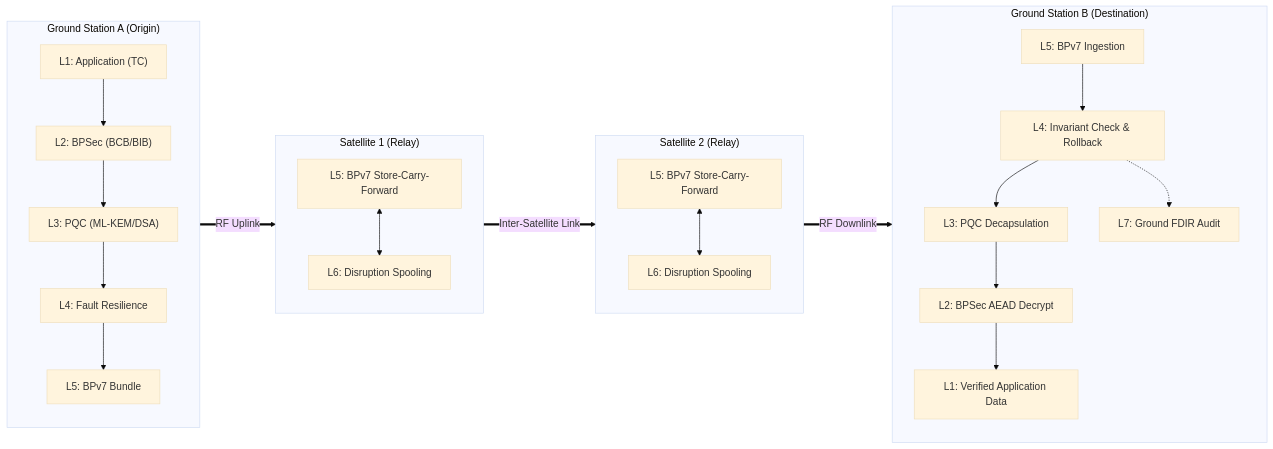
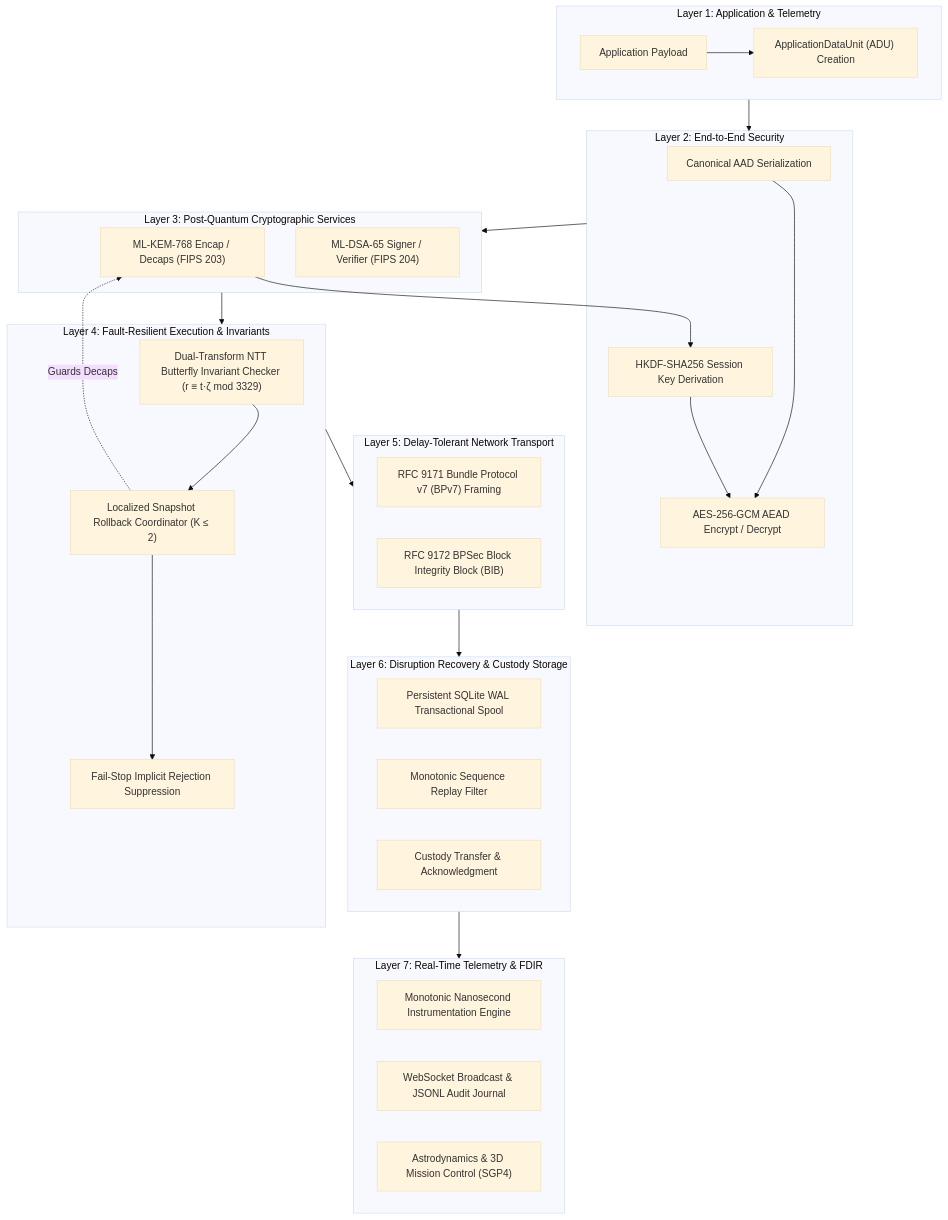
Before and after one commit to dhairyahuh/pqc-research: the diagram in docs/architecture.md, drawn with Mermaid (base theme). The commit also changed other lines of this file and 123 other files, not shown here.

````diff
--- a/docs/architecture.md
+++ b/docs/architecture.md
@@ -134,37 +14,48 @@
 ```mermaid
-flowchart LR
-    subgraph GSA ["Ground Station A (Origin)"]
-        direction TB
-        L1_A["L1: Application (TC)"] --> L2_A["L2: BPSec (BCB/BIB)"]
-        L2_A --> L3_A["L3: PQC (ML-KEM/DSA)"]
-        L3_A --> L4_A["L4: Fault Resilience"]
-        L4_A --> L5_A["L5: BPv7 Bundle"]
+graph TD
+    subgraph L1_APP ["Layer 1: Application & Telemetry"]
+        A1["Application Payload"] --> A2["ApplicationDataUnit (ADU) Creation"]
     end
 
-    subgraph SAT1 ["Satellite 1 (Relay)"]
-        direction TB
-        L5_R1["L5: BPv7 Store-Carry-Forward"]
-        L6_R1["L6: Disruption Spooling"]
-        L5_R1 <--> L6_R1
+    subgraph L2_E2E ["Layer 2: End-to-End Security"]
+        B1["Canonical AAD Serialization"] --> B2["AES-256-GCM AEAD Encrypt / Decrypt"]
+        B3["HKDF-SHA256 Session Key Derivation"] --> B2
     end
 
-    subgraph SAT2 ["Satellite 2 (Relay)"]
-        direction TB
-        L5_R2["L5: BPv7 Store-Carry-Forward"]
-        L6_R2["L6: Disruption Spooling"]
-        L5_R2 <--> L6_R2
+    subgraph L3_PQC ["Layer 3: Post-Quantum Cryptographic Services"]
+        C1["ML-KEM-768 Encap / Decaps (FIPS 203)"] --> B3
+        C2["ML-DSA-65 Signer / Verifier (FIPS 204)"]
     end
 
-    subgraph GSB ["Ground Station B (Destination)"]
-        direction TB
-        L5_B["L5: BPv7 Ingestion"] --> L4_B["L4: Invariant Check & Rollback"]
-        L4_B --> L3_B["L3: PQC Decapsulation"]
-        L3_B --> L2_B["L2: BPSec AEAD Decrypt"]
-        L2_B --> L1_B["L1: Verified Application Data"]
-        L4_B -.-> L7_B["L7: Ground FDIR Audit"]
+    subgraph L4_FAULT ["Layer 4: Fault-Resilient Execution & Invariants"]
+        D1["Dual-Transform NTT Butterfly Invariant Checker (r ≡ t·ζ mod 3329)"]
+        D2["Localized Snapshot Rollback Coordinator (K ≤ 2)"]
+        D3["Fail-Stop Implicit Rejection Suppression"]
+        D1 --> D2 --> D3
+        D2 -.->|Guards Decaps| C1
     end
 
-    L5_A == "RF Uplink" ==> L5_R1
-    L5_R1 == "Inter-Satellite Link" ==> L5_R2
-    L5_R2 == "RF Downlink" ==> L5_B
+    subgraph L5_DTN ["Layer 5: Delay-Tolerant Network Transport"]
+        E1["RFC 9171 Bundle Protocol v7 (BPv7) Framing"]
+        E2["RFC 9172 BPSec Block Integrity Block (BIB)"]
+    end
+
+    subgraph L6_SPOOL ["Layer 6: Disruption Recovery & Custody Storage"]
+        F1["Persistent SQLite WAL Transactional Spool"]
+        F2["Monotonic Sequence Replay Filter"]
+        F3["Custody Transfer & Acknowledgment"]
+    end
+
+    subgraph L7_FDIR ["Layer 7: Real-Time Telemetry & FDIR"]
+        G1["Monotonic Nanosecond Instrumentation Engine"]
+        G2["WebSocket Broadcast & JSONL Audit Journal"]
+        G3["Astrodynamics & 3D Mission Control (SGP4)"]
+    end
+
+    L1_APP --> L2_E2E
+    L2_E2E --> L3_PQC
+    L3_PQC --> L4_FAULT
+    L4_FAULT --> L5_DTN
+    L5_DTN --> L6_SPOOL
+    L6_SPOOL --> L7_FDIR
 ```
````
